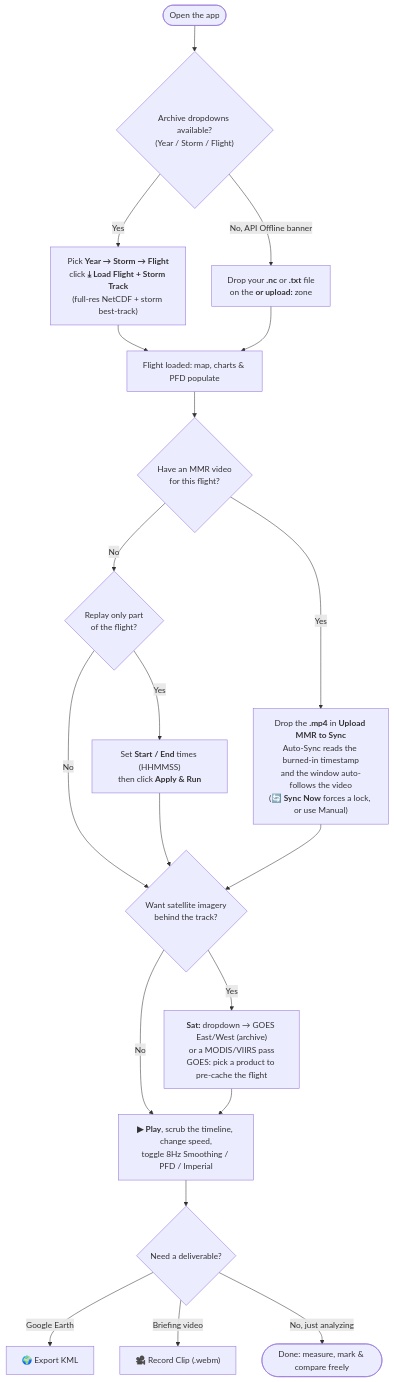
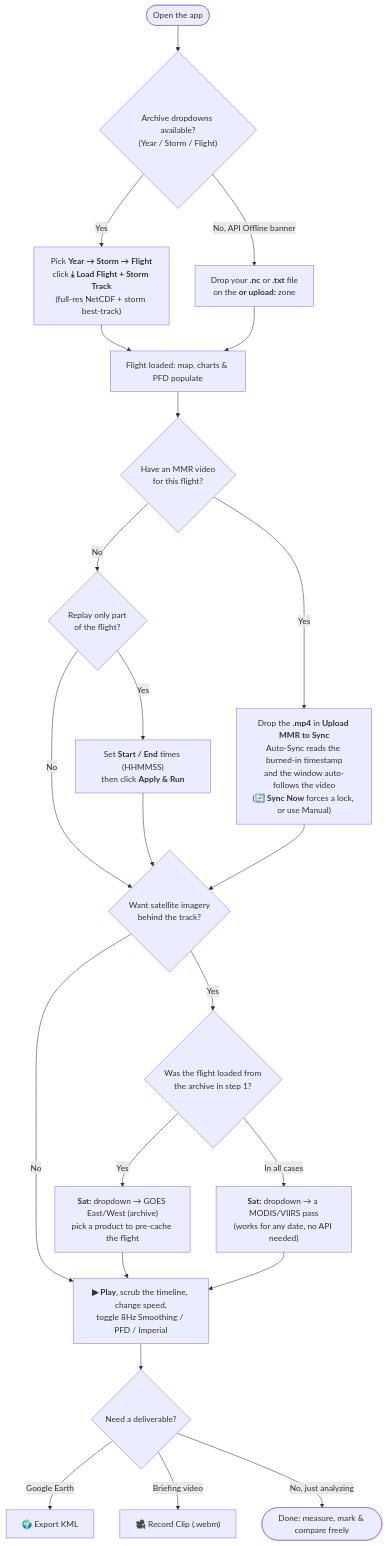
Before and after one commit to diegoxb07/AOCVisualizer: the diagram in README.md, drawn with Mermaid.

Commit message:
Updated3 README File

````diff
--- a/README.md
+++ b/README.md
@@ -27,22 +27,25 @@
 ```mermaid
 flowchart TD
     START(["Open the app"]) --> ARCHIVE{"Archive dropdowns available?<br>(Year / Storm / Flight)"}
     ARCHIVE -- "Yes" --> LOADARC["Pick <b>Year → Storm → Flight</b><br>click <b>⤓ Load Flight + Storm Track</b><br>(full-res NetCDF + storm best-track)"]
     ARCHIVE -- "No, API Offline banner" --> UPLOAD["Drop your <b>.nc</b> or <b>.txt</b> file<br>on the <b>or upload:</b> zone"]
     LOADARC --> LOADED["Flight loaded: map, charts & PFD populate"]
     UPLOAD --> LOADED
     LOADED --> MMR{"Have an MMR video<br>for this flight?"}
     MMR -- "Yes" --> VIDEO["Drop the <b>.mp4</b> in <b>Upload MMR to Sync</b><br>Auto-Sync reads the burned-in timestamp<br>and the window auto-follows the video<br>(<b>🔄 Sync Now</b> forces a lock, or use Manual)"]
     MMR -- "No" --> WINDOW{"Replay only part<br>of the flight?"}
     WINDOW -- "Yes" --> TRIM["Set <b>Start / End</b> times (HHMMSS)<br>then click <b>Apply & Run</b>"]
     WINDOW -- "No" --> SAT{"Want satellite imagery<br>behind the track?"}
     TRIM --> SAT
     VIDEO --> SAT
-    SAT -- "Yes" --> SATPICK["<b>Sat:</b> dropdown → GOES East/West (archive)<br>or a MODIS/VIIRS pass<br>GOES: pick a product to pre-cache the flight"]
+    SAT -- "Yes" --> FROMARC{"Was the flight loaded from<br>the archive in step 1?"}
+    FROMARC -- "Yes" --> SATGOES["<b>Sat:</b> dropdown → GOES East/West (archive)<br>pick a product to pre-cache the flight"]
+    FROMARC -- "In all cases" --> SATPOLAR["<b>Sat:</b> dropdown → a MODIS/VIIRS pass<br>(works for any date, no API needed)"]
     SAT -- "No" --> PLAY["<b>▶ Play</b>, scrub the timeline, change speed,<br>toggle 8Hz Smoothing / PFD / Imperial"]
-    SATPICK --> PLAY
+    SATGOES --> PLAY
+    SATPOLAR --> PLAY
     PLAY --> EXPORT{"Need a deliverable?"}
     EXPORT -- "Google Earth" --> KML["🌍 Export KML"]
     EXPORT -- "Briefing video" --> CLIP["🎥 Record Clip (.webm)"]
     EXPORT -- "No, just analyzing" --> DONE(["Done: measure, mark & compare freely"])
 ```
````
